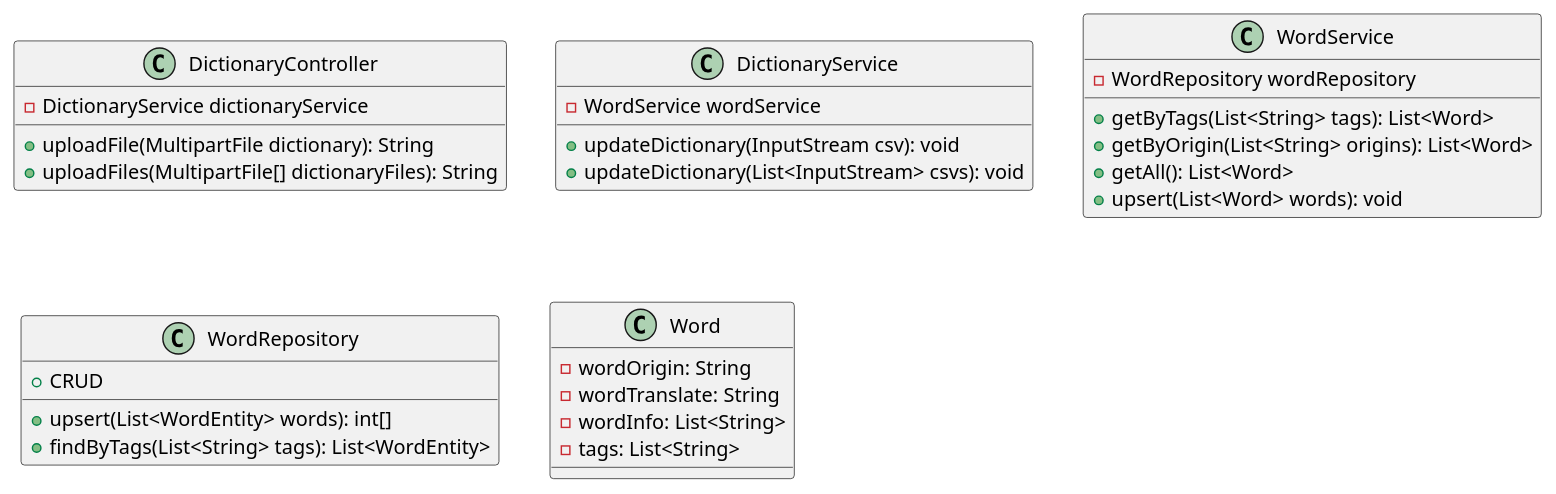
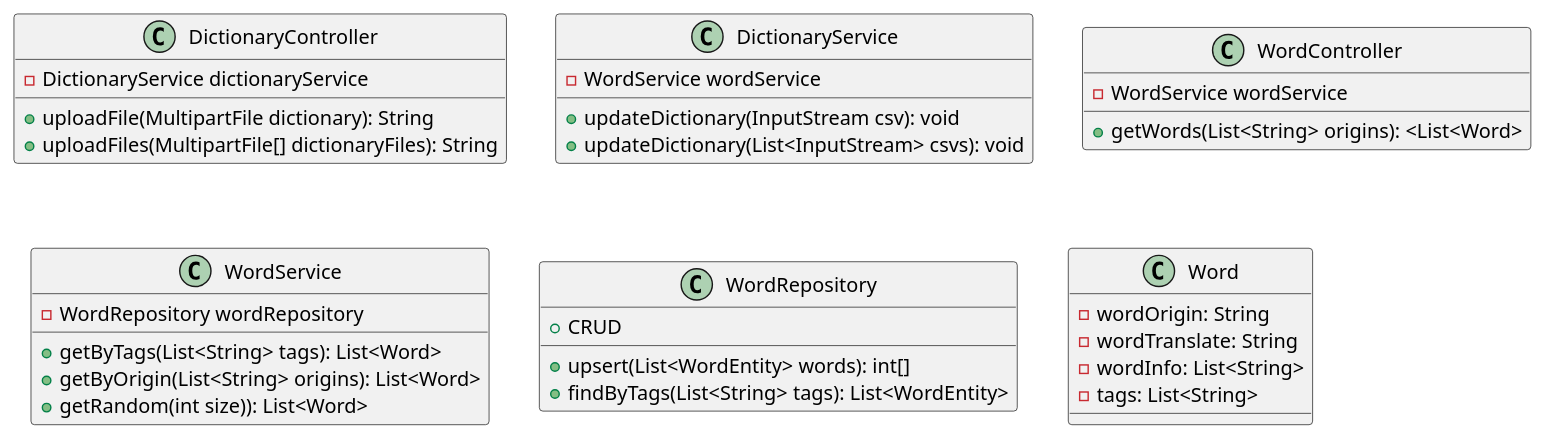
One commit to DmitrySibert/language-app changed the diagram in src/main/resources/diagrams/word_diagram.puml. Above: the diagram before and after it, drawn with PlantUML. The commit also changed 37 other files, not shown here.

Commit message:
Training sesion redesinged to persist training words and results. Word progress interaction is redesigned to fetch training by itself. File training is moved ti application layer. Training service is removed, its functions are moved to application layer.

```diff
--- a/src/main/resources/diagrams/word_diagram.puml
+++ b/src/main/resources/diagrams/word_diagram.puml
@@ -1,38 +1,43 @@
 @startuml
 class DictionaryController {
   - DictionaryService dictionaryService
 
   + uploadFile(MultipartFile dictionary): String
   + uploadFiles(MultipartFile[] dictionaryFiles): String
 }
 
 class DictionaryService {
    - WordService wordService
 
    + updateDictionary(InputStream csv): void
    + updateDictionary(List<InputStream> csvs): void
 }
 
+class WordController {
+  - WordService wordService
+
+  + getWords(List<String> origins): <List<Word>
+}
+
 class WordService {
    - WordRepository wordRepository
 
    + getByTags(List<String> tags): List<Word>
    + getByOrigin(List<String> origins): List<Word>
-   + getAll(): List<Word>
-   + upsert(List<Word> words): void
+   + getRandom(int size)): List<Word>
 }
 
 class WordRepository {
    + CRUD
    + upsert(List<WordEntity> words): int[]
    + findByTags(List<String> tags): List<WordEntity>
 }
 
 class Word {
     - wordOrigin: String
     - wordTranslate: String
     - wordInfo: List<String>
     - tags: List<String>
 }
 
 @enduml
```
